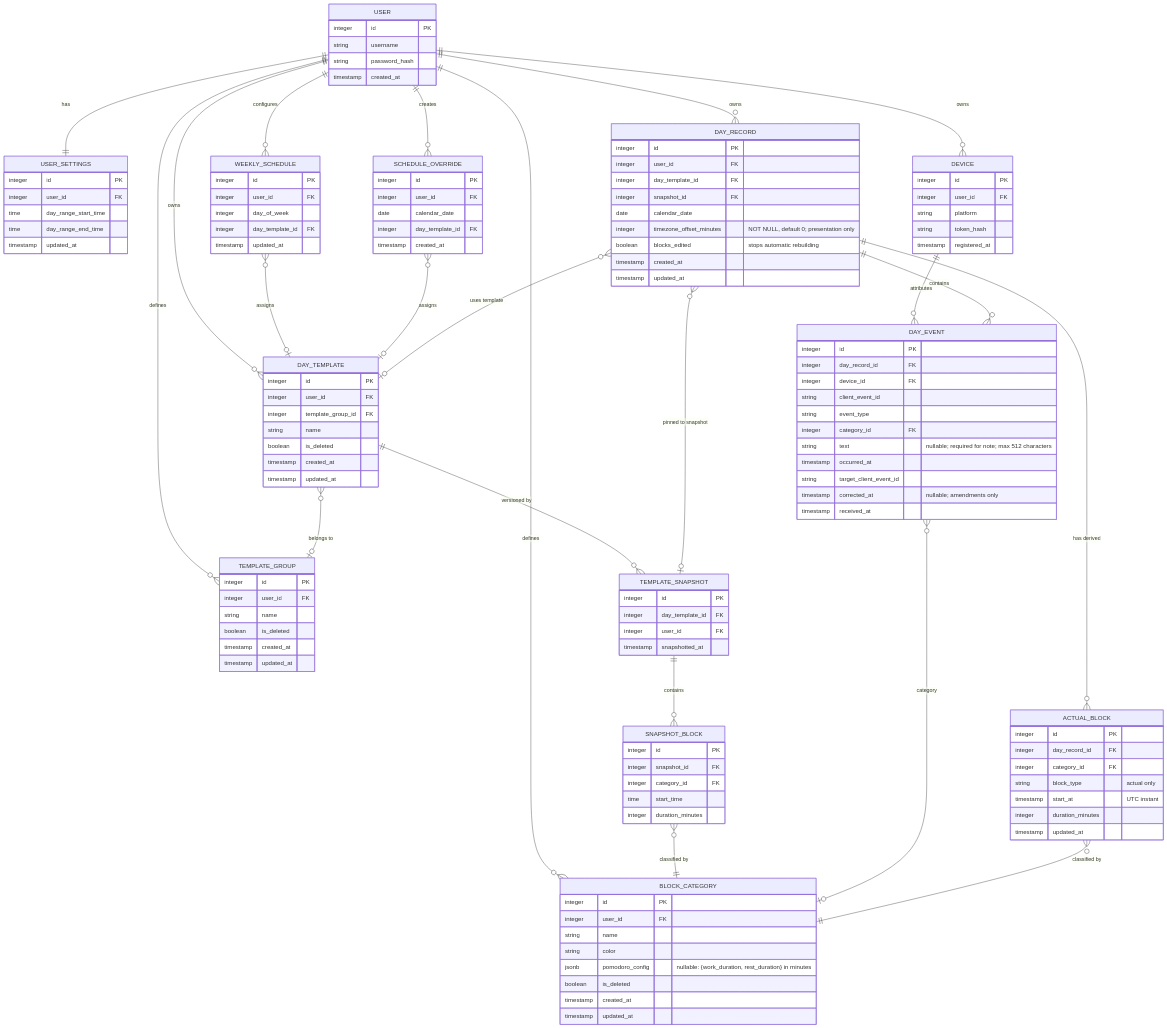
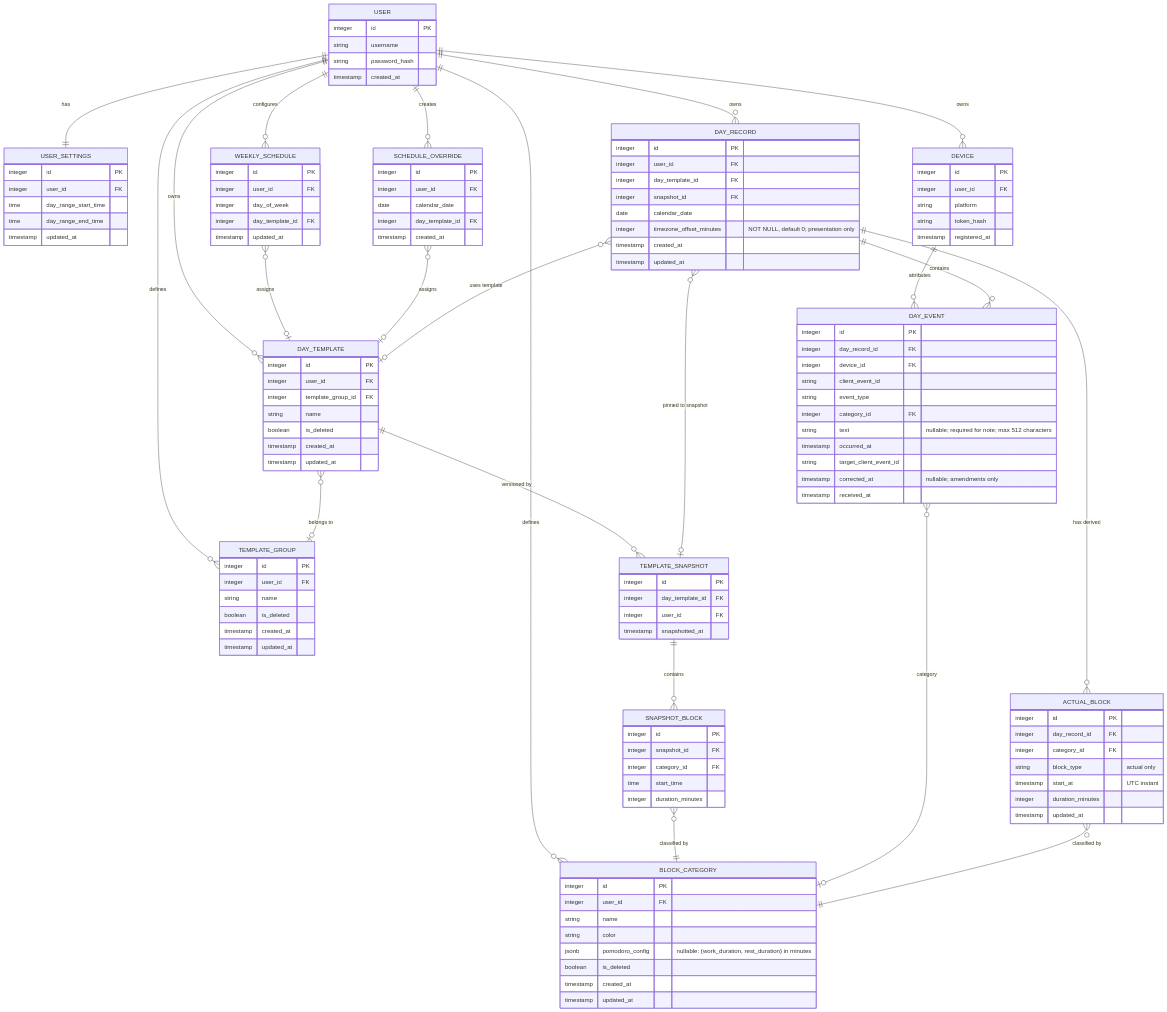
One commit to sem0ark/todo-planner changed the diagram in docs/API and DB.md. Above: the diagram before and after it, drawn with Mermaid. The commit also changed other lines of this file and 10 other files, not shown here.

```diff
--- a/docs/API and DB.md
+++ b/docs/API and DB.md
@@ -158,7 +158,6 @@
         integer snapshot_id FK
         date calendar_date
         integer timezone_offset_minutes "NOT NULL, default 0; presentation only"
-        boolean blocks_edited "stops automatic rebuilding"
         timestamp created_at
         timestamp updated_at
     }
```
